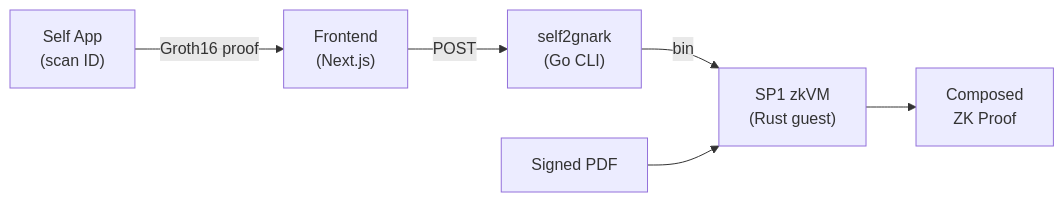
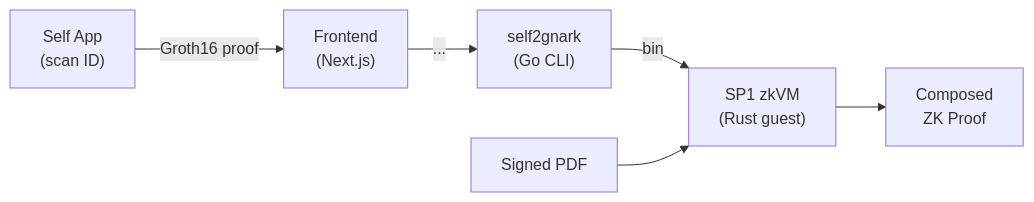
One commit to trionlabs/inkognito changed the diagram in README.md. Above: the diagram before and after it, drawn with Mermaid. The commit also changed other lines of this file, not shown here.

````diff
--- a/README.md
+++ b/README.md
@@ -5,8 +5,8 @@
 ```mermaid
 graph LR
     A["Self App<br/>(scan ID)"] -->|Groth16 proof| B["Frontend<br/>(Next.js)"]
-    B -->|POST| C["self2gnark<br/>(Go CLI)"]
+    B -->|...| C["self2gnark<br/>(Go CLI)"]
     C -->|bin| D["SP1 zkVM<br/>(Rust guest)"]
     E["Signed PDF"] --> D
     D --> F["Composed<br/>ZK Proof"]
 ```
````
